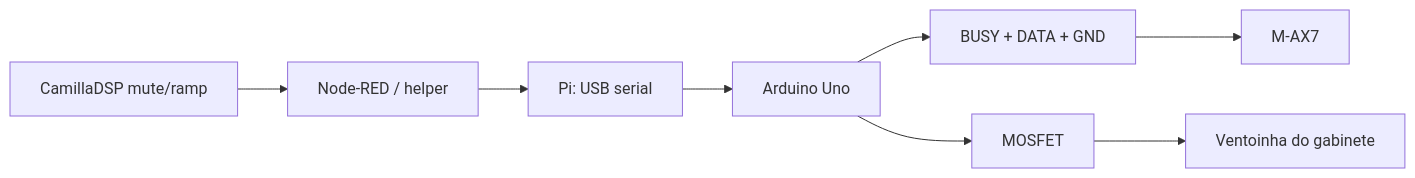
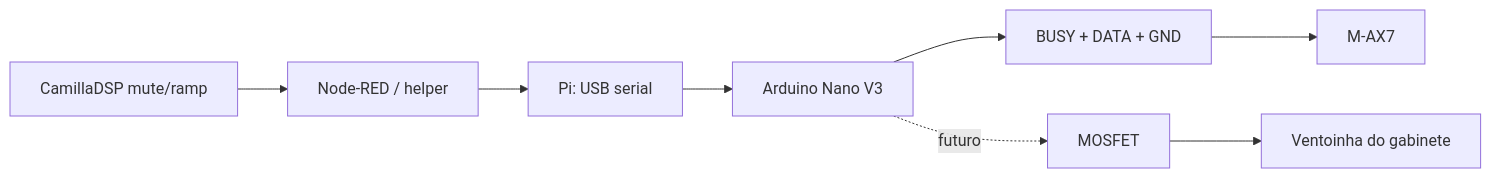
The diagram in docs/hardware/kenwood-ax7-system-control.md (Elvis-Christian/PiCeiver), drawn with Mermaid before and after one commit. The commit also changed other lines of this file and 7 other files, not shown here.

````diff
--- a/docs/hardware/kenwood-ax7-system-control.md
+++ b/docs/hardware/kenwood-ax7-system-control.md
@@ -160,10 +154,10 @@
 ```mermaid
 flowchart LR
   NR["Node-RED / helper"] --> PI["Pi: USB serial"]
-  PI --> UNO["Arduino Uno"]
-  UNO --> BUS["BUSY + DATA + GND"]
+  PI --> NANO["Arduino Nano V3"]
+  NANO --> BUS["BUSY + DATA + GND"]
   BUS --> AMP["M-AX7"]
-  UNO --> MOS["MOSFET"]
+  NANO -.->|"futuro"| MOS["MOSFET"]
   MOS --> FAN["Ventoinha do gabinete"]
   CAM["CamillaDSP mute/ramp"] --> NR
 ```
````
